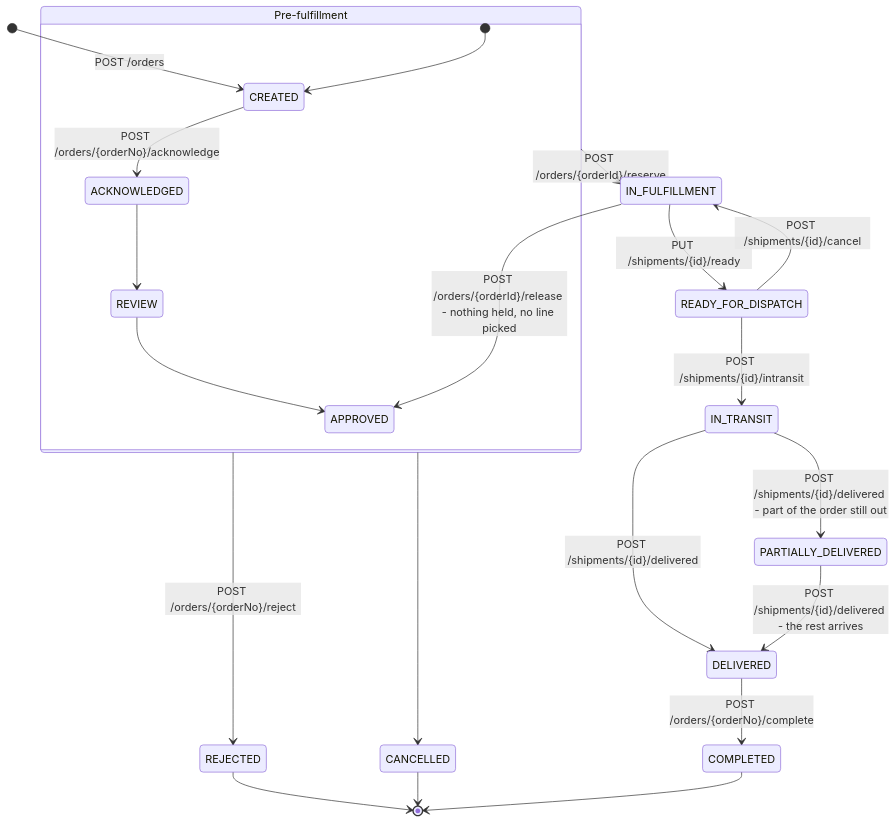
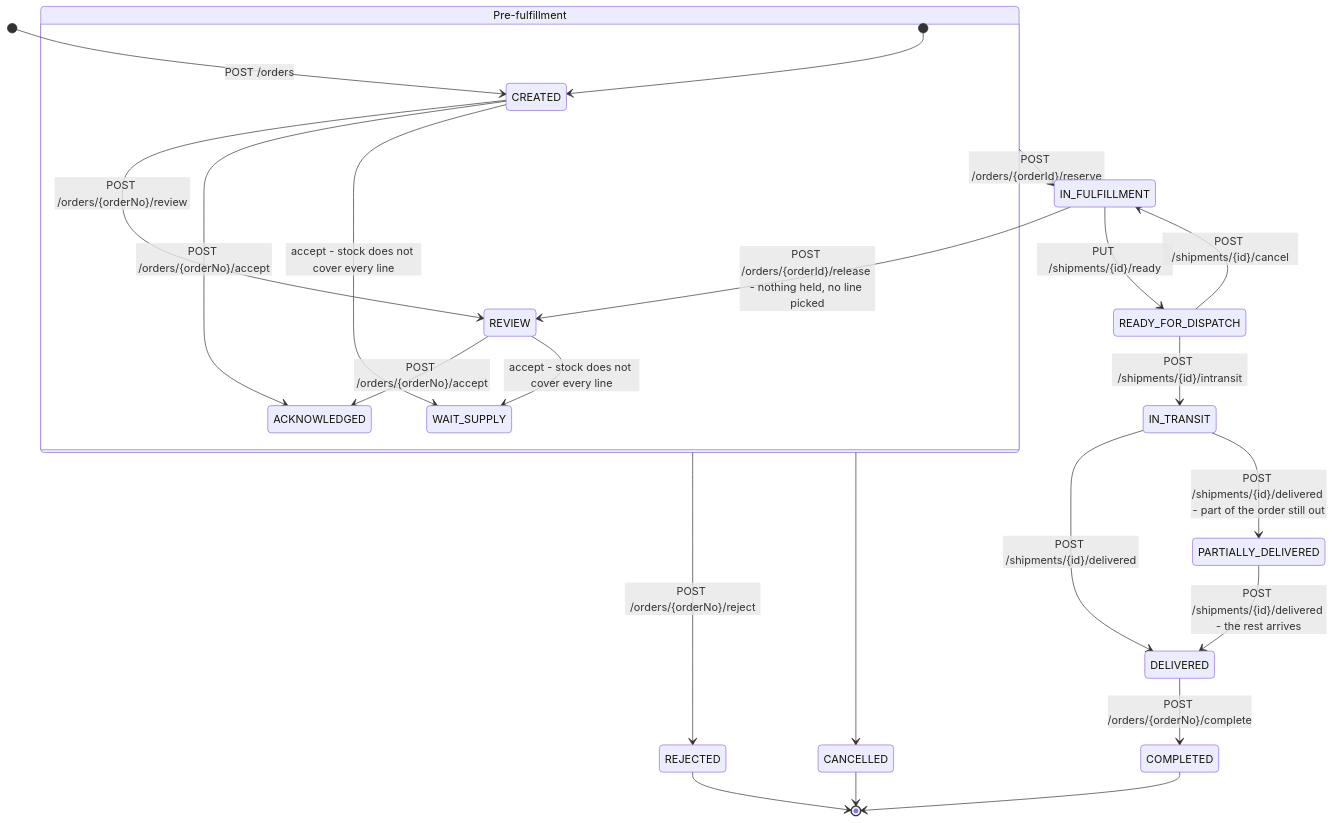
The first of 5 diagrams in README.md (waldifubu/scm-temporal), drawn with Mermaid before and after one commit. The commit also changed other lines of this file and 22 other files, not shown here.

Commit message:
Add an explicit order review step and rename acknowledgement to acceptance, with stricter transition rules for accepting and rejecting orders

````diff
--- a/README.md
+++ b/README.md
@@ -35,29 +35,31 @@
 ```mermaid
 stateDiagram-v2
     [*] --> CREATED : POST /orders
 
     state "Pre-fulfillment" as pre {
         [*] --> CREATED
-        CREATED --> ACKNOWLEDGED : POST /orders/{orderNo}/acknowledge
-        ACKNOWLEDGED --> REVIEW
-        REVIEW --> APPROVED
+        CREATED --> REVIEW : POST /orders/{orderNo}/review
+        CREATED --> ACKNOWLEDGED : POST /orders/{orderNo}/accept
+        REVIEW --> ACKNOWLEDGED : POST /orders/{orderNo}/accept
+        CREATED --> WAIT_SUPPLY : accept - stock does not cover every line
+        REVIEW --> WAIT_SUPPLY : accept - stock does not cover every line
     }
 
     pre --> REJECTED : POST /orders/{orderNo}/reject
     pre --> IN_FULFILLMENT : POST /orders/{orderId}/reserve
-    IN_FULFILLMENT --> APPROVED : POST /orders/{orderId}/release - nothing held, no line picked
+    IN_FULFILLMENT --> REVIEW : POST /orders/{orderId}/release - nothing held, no line picked
 
     IN_FULFILLMENT --> READY_FOR_DISPATCH : PUT /shipments/{id}/ready
     READY_FOR_DISPATCH --> IN_FULFILLMENT : POST /shipments/{id}/cancel
     READY_FOR_DISPATCH --> IN_TRANSIT : POST /shipments/{id}/intransit
     IN_TRANSIT --> DELIVERED : POST /shipments/{id}/delivered
     IN_TRANSIT --> PARTIALLY_DELIVERED : POST /shipments/{id}/delivered - part of the order still out
     PARTIALLY_DELIVERED --> DELIVERED : POST /shipments/{id}/delivered - the rest arrives
     DELIVERED --> COMPLETED : POST /orders/{orderNo}/complete
 
     pre --> CANCELLED
 
     REJECTED --> [*]
     COMPLETED --> [*]
     CANCELLED --> [*]
 ```
````
